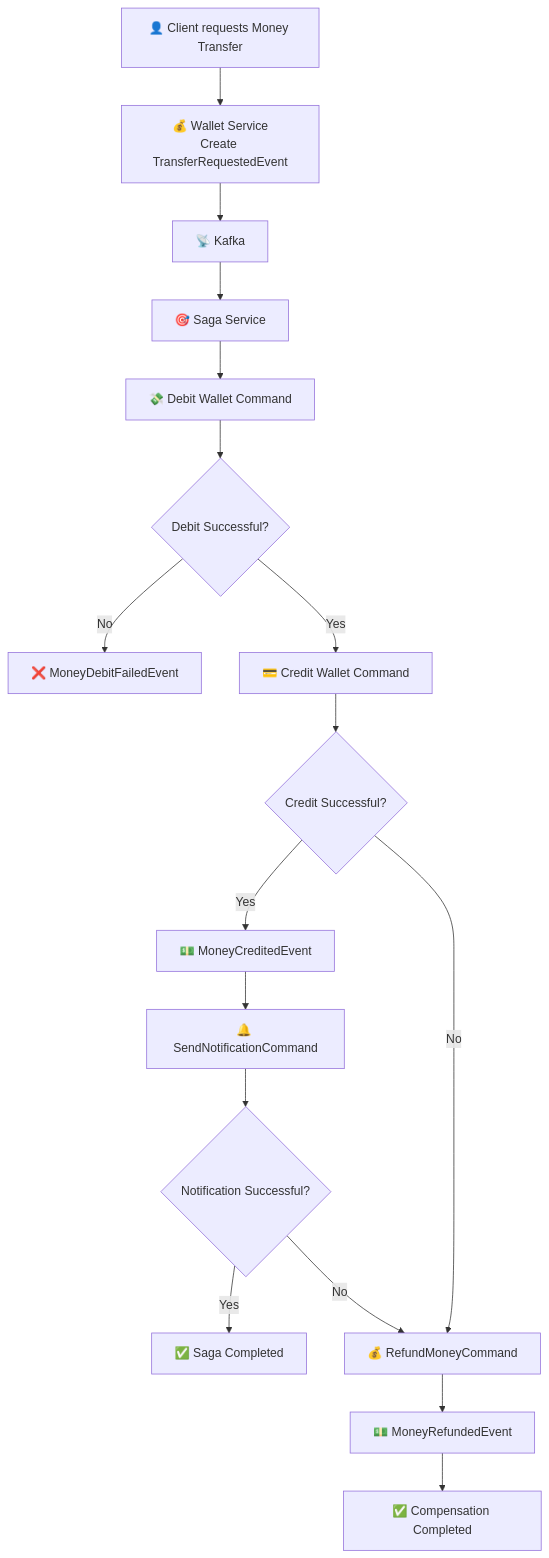
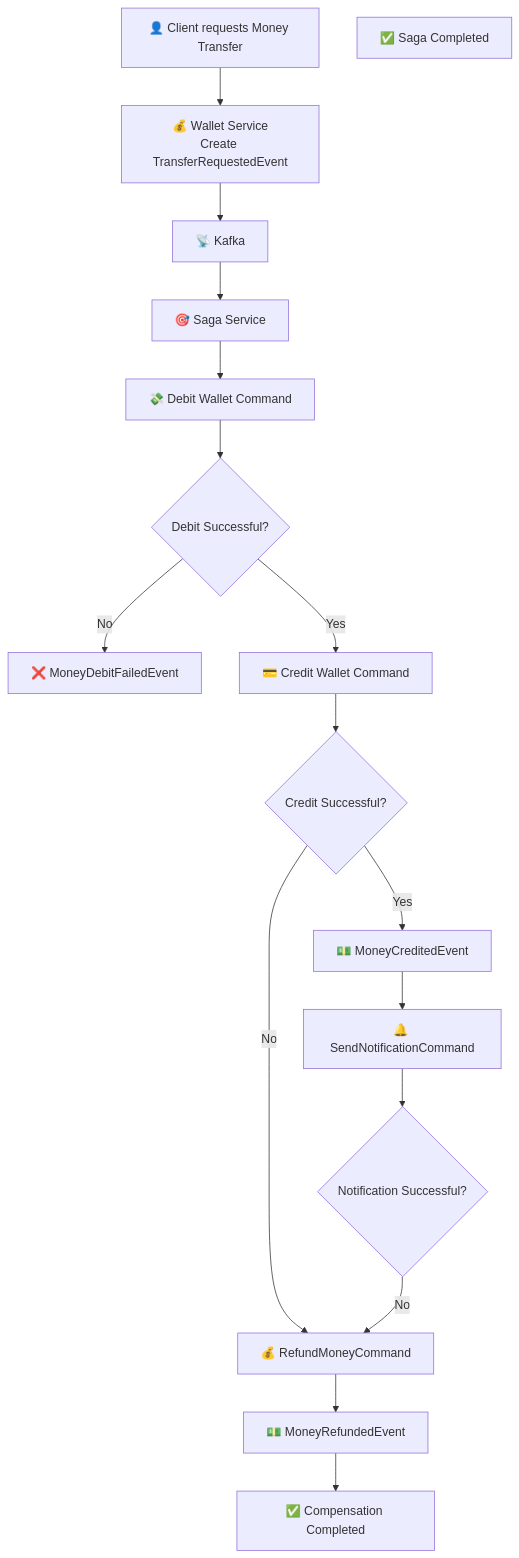
Before and after one commit to RAGHUVANSHI2024/PayFlow-V2: the second of 2 diagrams in README.md, drawn with Mermaid.

````diff
--- a/README.md
+++ b/README.md
@@ -188,65 +188,63 @@
 ```mermaid
 flowchart TD
 
     A["👤 Client requests Money Transfer"]
 
     B["💰 Wallet Service<br/>Create TransferRequestedEvent"]
 
     C["📡 Kafka"]
 
     D["🎯 Saga Service"]
 
     E["💸 Debit Wallet Command"]
 
     F{"Debit Successful?"}
 
     G["❌ MoneyDebitFailedEvent"]
 
     H["💳 Credit Wallet Command"]
 
     I{"Credit Successful?"}
 
     J["💵 MoneyCreditedEvent"]
 
     K["🔔 SendNotificationCommand"]
 
     L{"Notification Successful?"}
 
     M["✅ Saga Completed"]
 
     N["💰 RefundMoneyCommand"]
 
     O["💵 MoneyRefundedEvent"]
 
     P["✅ Compensation Completed"]
 
     A --> B
     B --> C
     C --> D
 
     D --> E
 
     E --> F
 
     F -- No --> G
 
     F -- Yes --> H
 
     H --> I
 
     I -- Yes --> J
 
     I -- No --> N
 
     J --> K
 
     K --> L
 
-    L -- Yes --> M
-
     L -- No --> N
 
     N --> O
 
     O --> P
 ```
````
